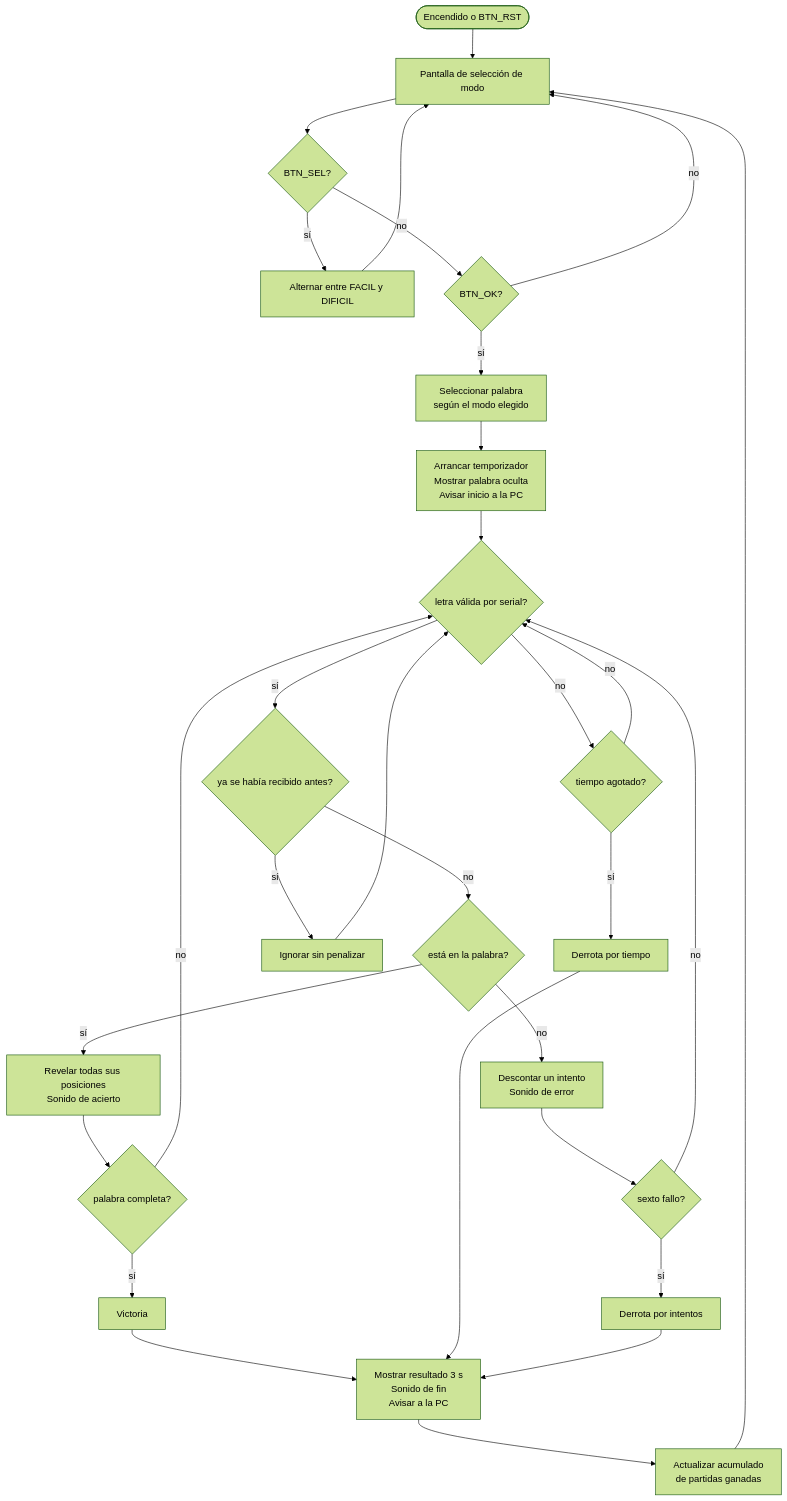
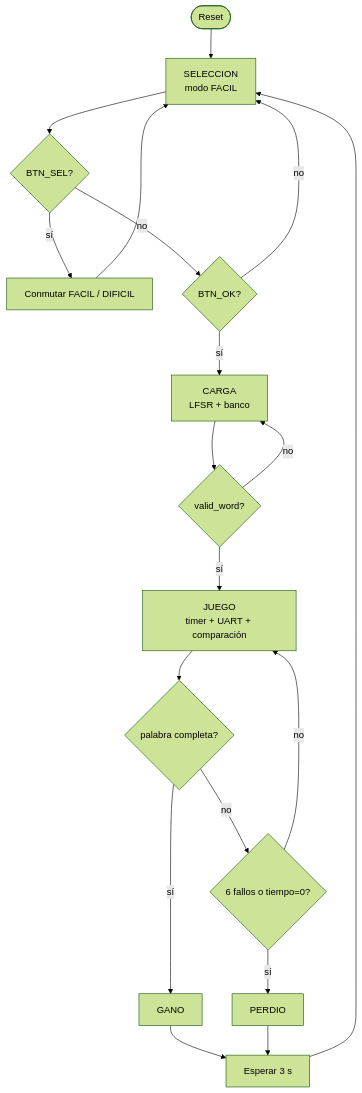
One commit to Taller-de-diseno-digital-GR01/Proyecto-2-Ahorcado changed the second of 2 diagrams in docs/diseño/diagramas/nivel01.md. Above: the diagram before and after it, drawn with Mermaid (forest theme). The commit also changed other lines of this file and 3 other files, not shown here.

Commit message:
Actualizados los archivos en la carpeta docs/diseño/diagramas para que correspondan a la lógica y arquitectura actuales

````diff
--- a/docs/diseño/diagramas/nivel01.md
+++ b/docs/diseño/diagramas/nivel01.md
@@ -80,32 +62,21 @@
 ```mermaid
 flowchart TD
-    A(["Encendido o BTN_RST"]) --> B["Pantalla de selección de modo"]
-    B --> C{BTN_SEL?}
-    C -->|sí| D["Alternar entre FACIL y DIFICIL"]
+    A(["Reset"]) --> B["SELECCION<br/>modo FACIL"]
+    B --> C{"BTN_SEL?"}
+    C -->|sí| D["Conmutar FACIL / DIFICIL"]
     D --> B
-    C -->|no| E{BTN_OK?}
+    C -->|no| E{"BTN_OK?"}
     E -->|no| B
-    E -->|sí| F["Seleccionar palabra<br/>según el modo elegido"]
-    F --> G["Arrancar temporizador<br/>Mostrar palabra oculta<br/>Avisar inicio a la PC"]
-    G --> H{letra válida por serial?}
-    H -->|no| I{tiempo agotado?}
-    I -->|no| H
-    I -->|sí| N["Derrota por tiempo"]
-    H -->|sí| J{ya se había recibido antes?}
-    J -->|sí| K["Ignorar sin penalizar"]
-    K --> H
-    J -->|no| L{está en la palabra?}
-    L -->|sí| M["Revelar todas sus posiciones<br/>Sonido de acierto"]
-    L -->|no| O["Descontar un intento<br/>Sonido de error"]
-    M --> P{palabra completa?}
-    P -->|sí| Q["Victoria"]
-    P -->|no| H
-    O --> R{sexto fallo?}
-    R -->|sí| S["Derrota por intentos"]
-    R -->|no| H
-    Q --> T["Mostrar resultado 3 s<br/>Sonido de fin<br/>Avisar a la PC"]
-    N --> T
-    S --> T
-    T --> U["Actualizar acumulado<br/>de partidas ganadas"]
-    U --> B
+    E -->|sí| F["CARGA<br/>LFSR + banco"]
+    F --> G{"valid_word?"}
+    G -->|no| F
+    G -->|sí| H["JUEGO<br/>timer + UART + comparación"]
+    H --> I{"palabra completa?"}
+    I -->|sí| J["GANO"]
+    I -->|no| K{"6 fallos o tiempo=0?"}
+    K -->|sí| L["PERDIO"]
+    K -->|no| H
+    J --> M["Esperar 3 s"]
+    L --> M
+    M --> B
 ```
````
